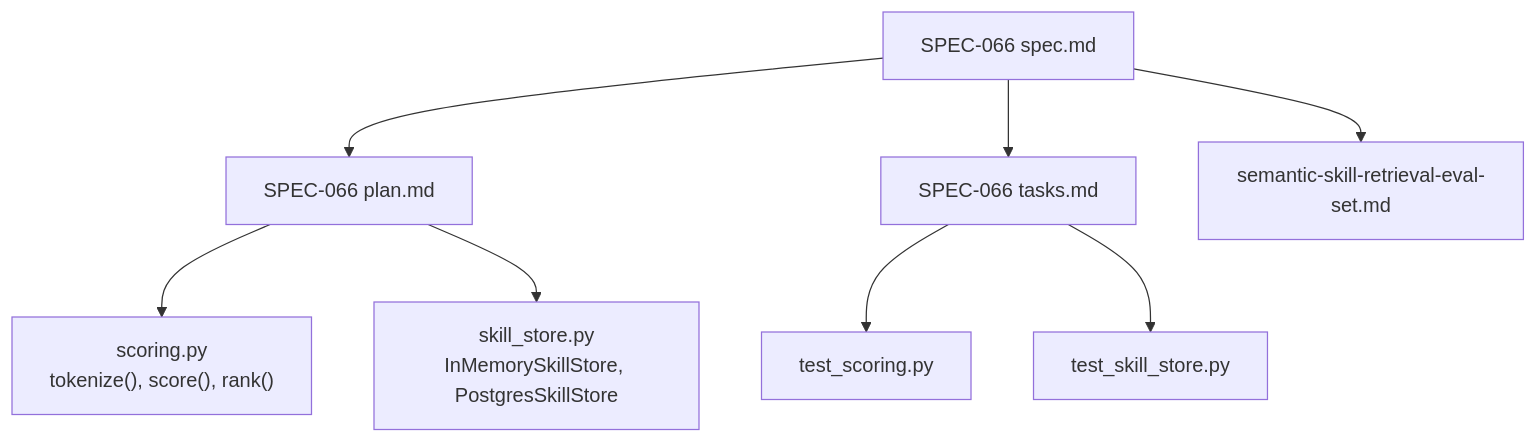
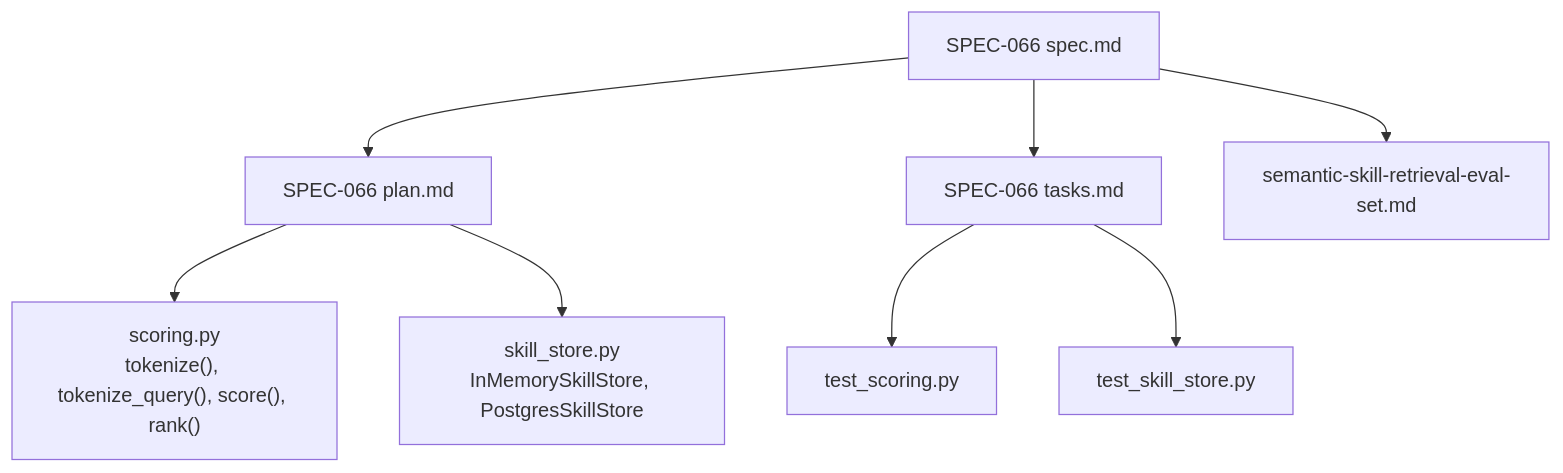
Before and after one commit to alainlei/luban-aiops: the first of 11 diagrams in .qoder/repowiki/en/content/Shared Contracts/SPEC-066_ Skill Retrieval Ranking Fidelity.md, drawn with Mermaid. The commit also changed other lines of this file and 114 other files, not shown here.

````diff
--- a/.qoder/repowiki/en/content/Shared Contracts/SPEC-066_ Skill Retrieval Ranking Fidelity.md
+++ b/.qoder/repowiki/en/content/Shared Contracts/SPEC-066_ Skill Retrieval Ranking Fidelity.md
@@ -44,10 +45,10 @@
 ```mermaid
 graph TB
 Spec["SPEC-066 spec.md"] --> Plan["SPEC-066 plan.md"]
 Spec --> Tasks["SPEC-066 tasks.md"]
-Plan --> Scoring["scoring.py<br/>tokenize(), score(), rank()"]
+Plan --> Scoring["scoring.py<br/>tokenize(), tokenize_query(), score(), rank()"]
 Plan --> Store["skill_store.py<br/>InMemorySkillStore, PostgresSkillStore"]
 Tasks --> TestScoring["test_scoring.py"]
 Tasks --> TestStore["test_skill_store.py"]
 Spec --> EvalSet["semantic-skill-retrieval-eval-set.md"]
 ```
````
